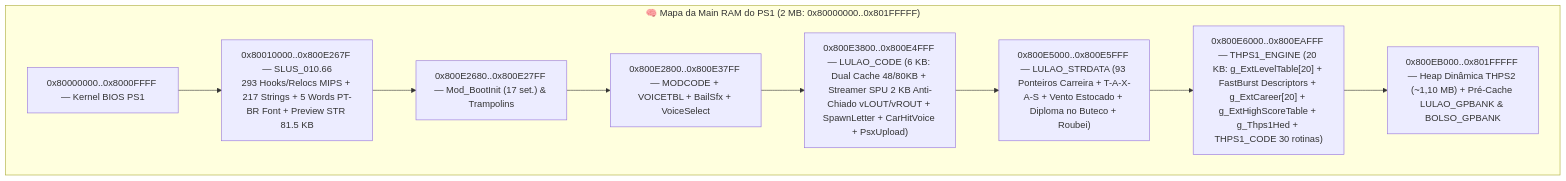
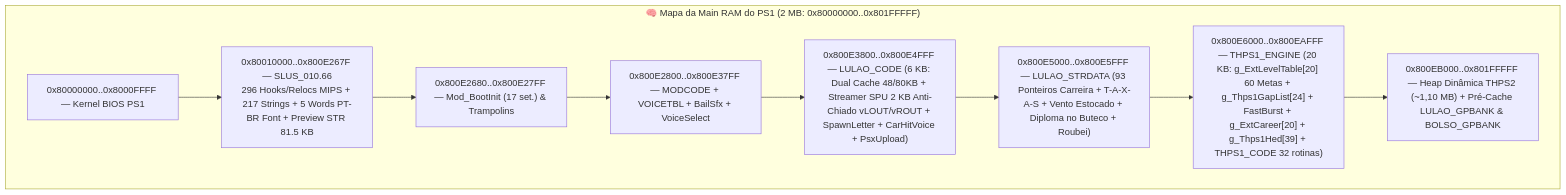
Before and after one commit to WagnerxOliveira/Tony_Hawk-s_Pro_Skater_2_Mod_PSX: the sixth of 6 diagrams in HISTORIA_DO_PROJETO_THPS2_MOD.md, drawn with Mermaid. The commit also changed other lines of this file and 9 other files, not shown here.

Commit message:
Expansao das 6 fases regulares do THPS1 para 10 objetivos satiricos cada (60 metas), 6 novos objetos 3D geometricos esculpidos (Mandioca da Dilma, Triplex do Guaruja, Mala do Mensalao, Cofre do INSS, Pedalinho de Atibaia, Picanha da Promessa), 24 Gaps ao vivo e verificacao 6/6 em 60 FPS

````diff
--- a/HISTORIA_DO_PROJETO_THPS2_MOD.md
+++ b/HISTORIA_DO_PROJETO_THPS2_MOD.md
@@ -428,14 +493,14 @@
 ```mermaid
 flowchart TB
     subgraph RAM["🧠 Mapa da Main RAM do PS1 (2 MB: 0x80000000..0x801FFFFF)"]
         K["0x80000000..0x8000FFFF — Kernel BIOS PS1"]
-        E["0x80010000..0x800E267F — SLUS_010.66<br/>293 Hooks/Relocs MIPS + 217 Strings + 5 Words PT-BR Font + Preview STR 81.5 KB"]
+        E["0x80010000..0x800E267F — SLUS_010.66<br/>296 Hooks/Relocs MIPS + 217 Strings + 5 Words PT-BR Font + Preview STR 81.5 KB"]
         B["0x800E2680..0x800E27FF — Mod_BootInit (17 set.) & Trampolins"]
         M["0x800E2800..0x800E37FF — MODCODE + VOICETBL + BailSfx + VoiceSelect"]
         L["0x800E3800..0x800E4FFF — LULAO_CODE (6 KB: Dual Cache 48/80KB + Streamer SPU 2 KB Anti-Chiado vLOUT/vROUT + SpawnLetter + CarHitVoice + PsxUpload)"]
         S["0x800E5000..0x800E5FFF — LULAO_STRDATA (93 Ponteiros Carreira + T-A-X-A-S + Vento Estocado + Diploma no Buteco + Roubei)"]
-        T["0x800E6000..0x800EAFFF — THPS1_ENGINE (20 KB: g_ExtLevelTable[20] + FastBurst Descriptors + g_ExtCareer[20] + g_ExtHighScoreTable + g_Thps1Hed + THPS1_CODE 30 rotinas)"]
+        T["0x800E6000..0x800EAFFF — THPS1_ENGINE (20 KB: g_ExtLevelTable[20] 60 Metas + g_Thps1GapList[24] + FastBurst + g_ExtCareer[20] + g_Thps1Hed[39] + THPS1_CODE 32 rotinas)"]
         H["0x800EB000..0x801FFFFF — Heap Dinâmica THPS2 (~1,10 MB) + Pré-Cache LULAO_GPBANK & BOLSO_GPBANK"]
     end
     K --> E --> B --> M --> L --> S --> T --> H
 ```
````
